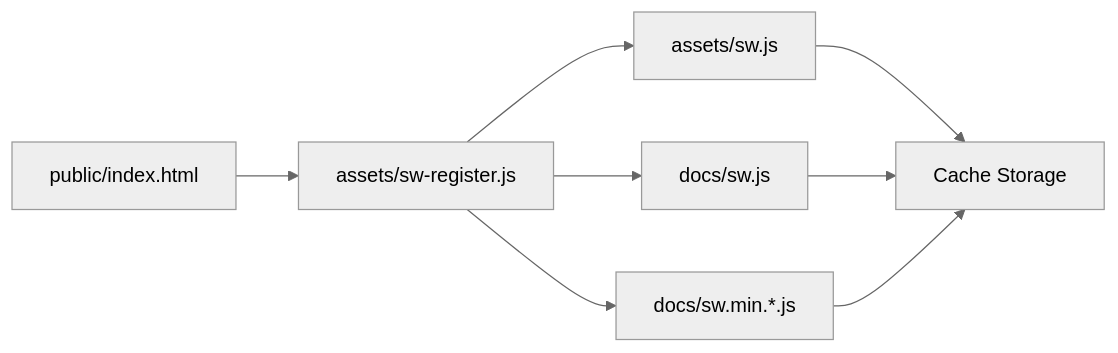
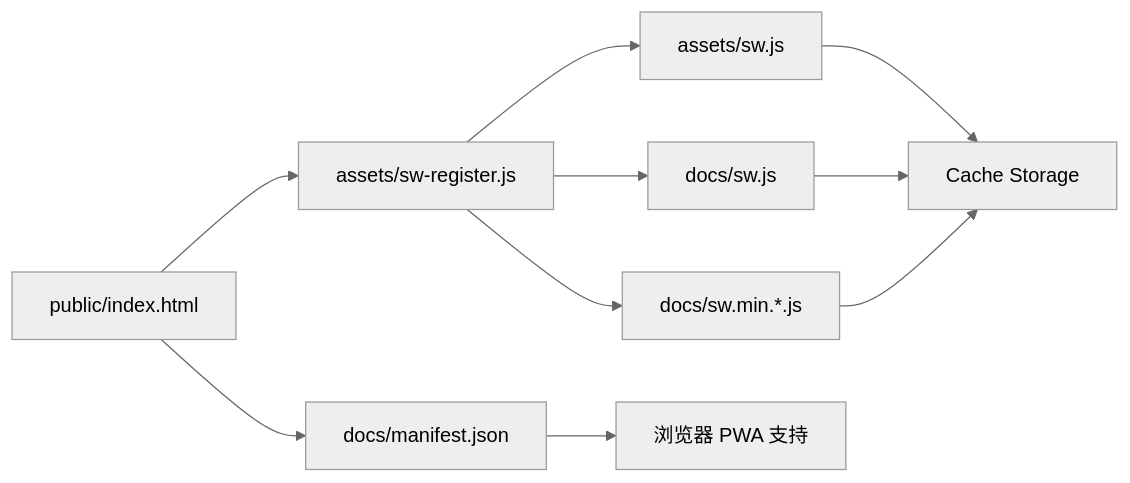
Before and after one commit to nianjiang/nianjiang.github.io: the fourth of 4 diagrams in .qoder/repowiki/zh/content/主题定制/JavaScript功能扩展/服务工作器集成.md, drawn with Mermaid (neutral theme). The commit also changed other lines of this file and 176 other files, not shown here.

````diff
--- a/.qoder/repowiki/zh/content/主题定制/JavaScript功能扩展/服务工作器集成.md
+++ b/.qoder/repowiki/zh/content/主题定制/JavaScript功能扩展/服务工作器集成.md
@@ -204,10 +253,12 @@
 ```mermaid
 graph LR
 Index["public/index.html"] --> Reg["assets/sw-register.js"]
+Index --> Manifest["docs/manifest.json"]
 Reg --> SWSrc["assets/sw.js"]
 Reg --> SWProd["docs/sw.js"]
 Reg --> SWMin["docs/sw.min.*.js"]
 SWSrc --> Cache["Cache Storage"]
 SWProd --> Cache
 SWMin --> Cache
+Manifest --> Browser["浏览器 PWA 支持"]
 ```
````
